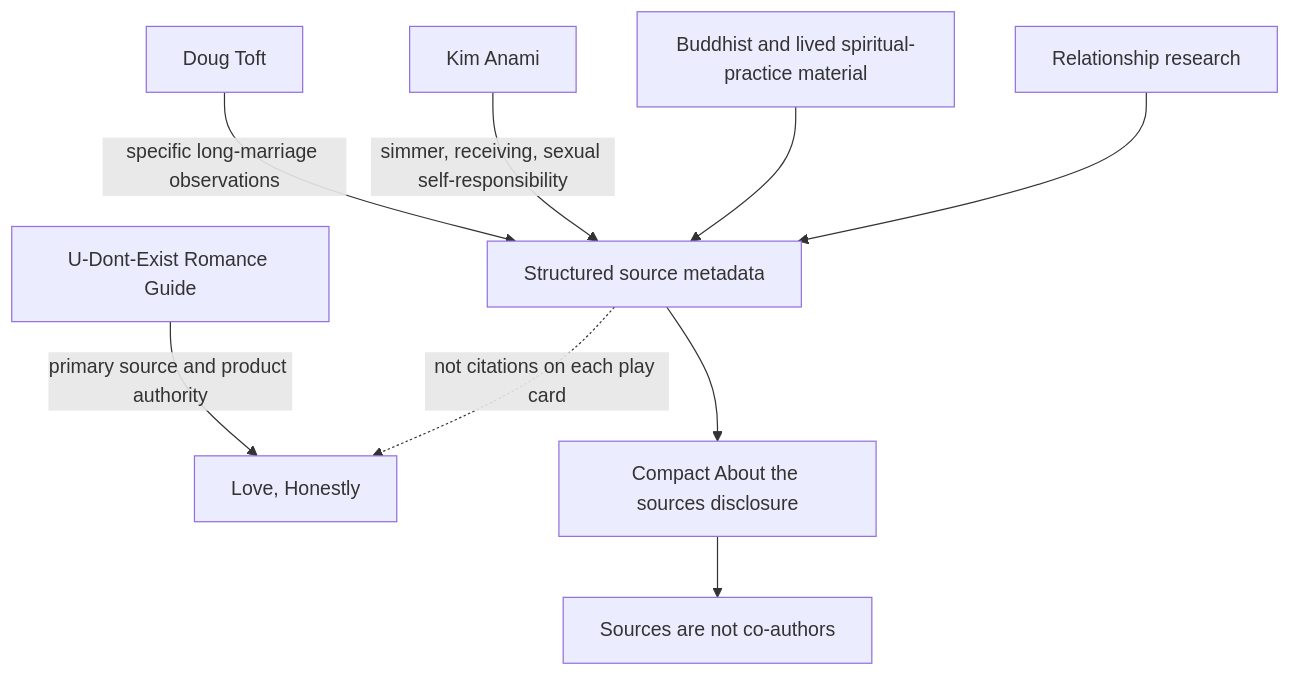
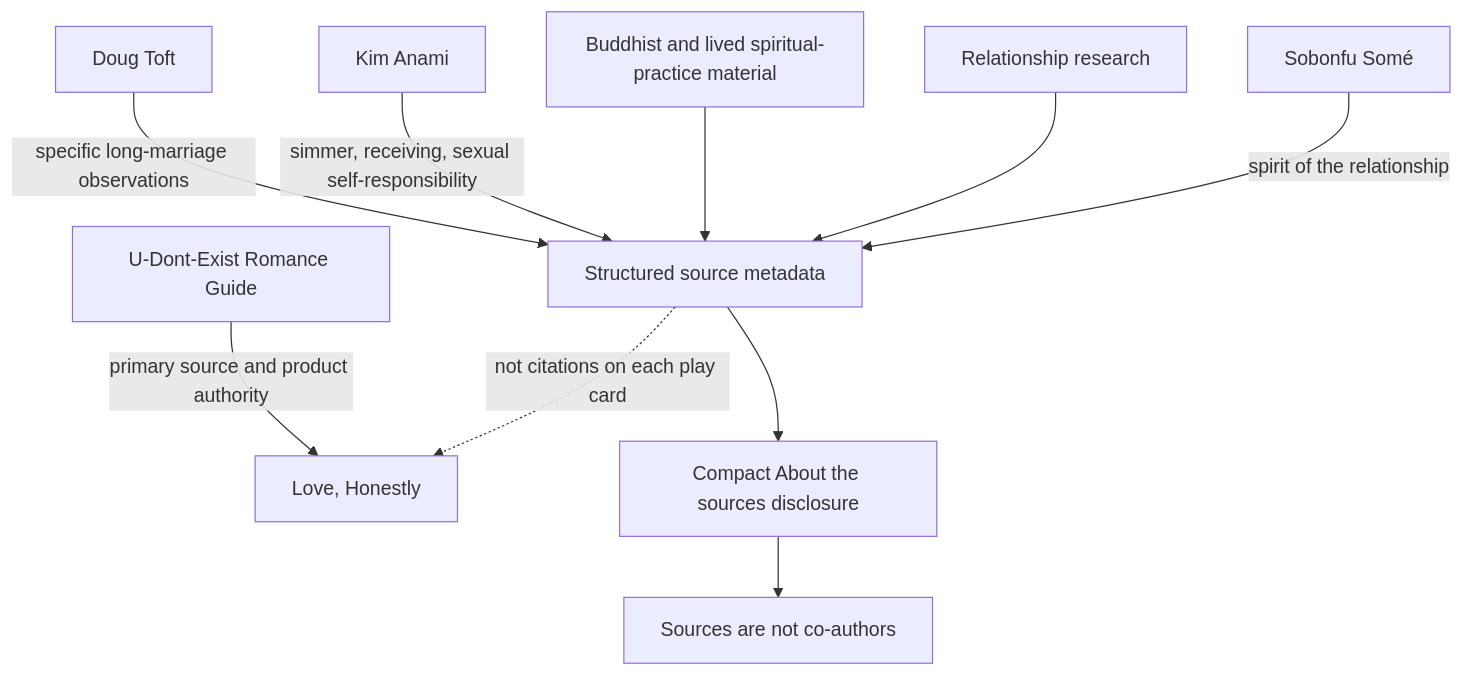
The seventh of 8 diagrams in product-architectures/love-honestly-card-game/ARCHITECTURE.md (u-dont-existDOTcom/joel-articles), drawn with Mermaid before and after one commit. The commit also changed other lines of this file, not shown here.

Commit message:
architecture: record Love Honestly v0.4.0 guide reconciliation

````diff
--- a/product-architectures/love-honestly-card-game/ARCHITECTURE.md
+++ b/product-architectures/love-honestly-card-game/ARCHITECTURE.md
@@ -135,11 +135,12 @@
 ```mermaid
 flowchart TD
     OWNER["U-Dont-Exist Romance Guide"] -->|"primary source and product authority"| GAME["Love, Honestly"]
     TOFT["Doug Toft"] -->|"specific long-marriage observations"| META["Structured source metadata"]
     ANAMI["Kim Anami"] -->|"simmer, receiving, sexual self-responsibility"| META
     BUDDHIST["Buddhist and lived spiritual-practice material"] --> META
     RESEARCH["Relationship research"] --> META
+    SOME["Sobonfu Somé"] -->|"spirit of the relationship"| META
     META --> ABOUT["Compact About the sources disclosure"]
     META -. "not citations on each play card" .-> GAME
     ABOUT --> NOTE["Sources are not co-authors"]
 ```
````
